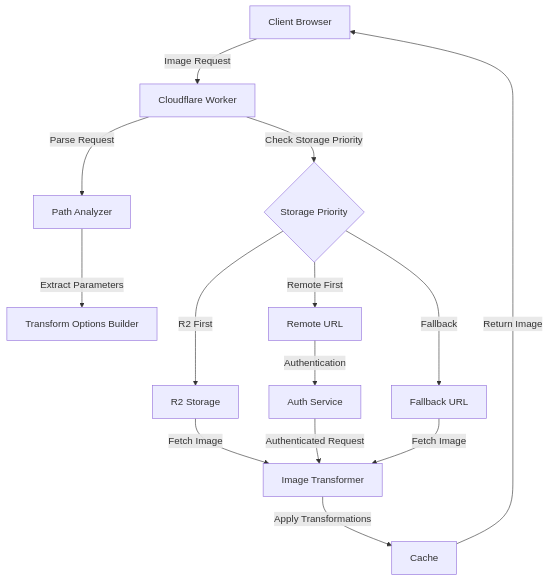
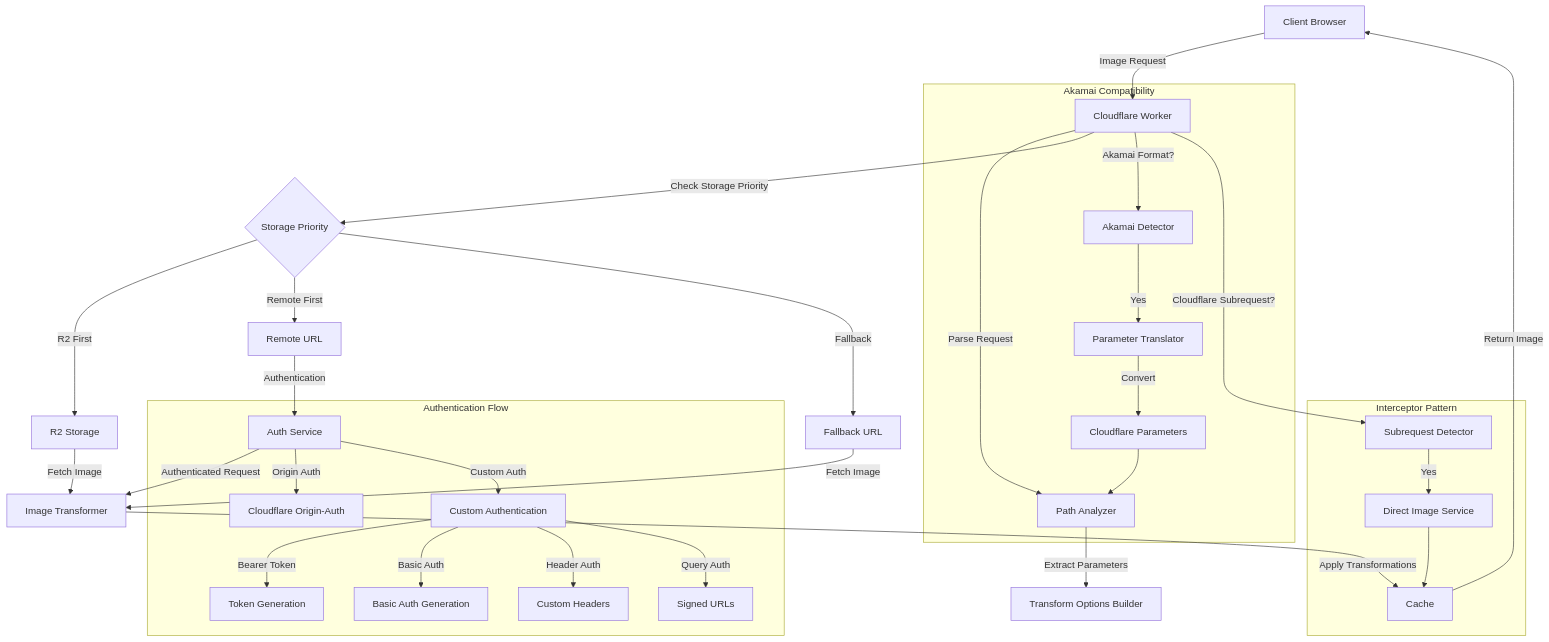
Before and after one commit to erfianugrah/image-resizer-2: the diagram in README.md, drawn with Mermaid.

Commit message:
Update README.md with comprehensive architecture diagram including Authentication Flow, Akamai Compatibility, and Interceptor Pattern

````diff
--- a/README.md
+++ b/README.md
@@ -5,16 +5,38 @@
 ```mermaid
-flowchart TD
+graph TD
     A[Client Browser] -->|Image Request| B[Cloudflare Worker]
     B -->|Parse Request| C[Path Analyzer]
     C -->|Extract Parameters| D[Transform Options Builder]
     B -->|Check Storage Priority| E{Storage Priority}
     E -->|R2 First| F[R2 Storage]
     E -->|Remote First| G[Remote URL]
     E -->|Fallback| H[Fallback URL]
     F -->|Fetch Image| I[Image Transformer]
     G -->|Authentication| J[Auth Service]
     J -->|Authenticated Request| I
     H -->|Fetch Image| I
     I -->|Apply Transformations| K[Cache]
     K -->|Return Image| A
+    
+    subgraph "Authentication Flow"
+    J -->|Origin Auth| JA[Cloudflare Origin-Auth]
+    J -->|Custom Auth| JB[Custom Authentication]
+    JB -->|Bearer Token| JB1[Token Generation]
+    JB -->|Basic Auth| JB2[Basic Auth Generation]
+    JB -->|Header Auth| JB3[Custom Headers]
+    JB -->|Query Auth| JB4[Signed URLs]
+    end
+
+    subgraph "Akamai Compatibility"
+    B -->|Akamai Format?| Z[Akamai Detector]
+    Z -->|Yes| Y[Parameter Translator]
+    Y -->|Convert| X[Cloudflare Parameters]
+    X --> C
+    end
+
+    subgraph "Interceptor Pattern"
+    B -->|Cloudflare Subrequest?| V[Subrequest Detector]
+    V -->|Yes| U[Direct Image Service]
+    U --> K
+    end
 ```
````
